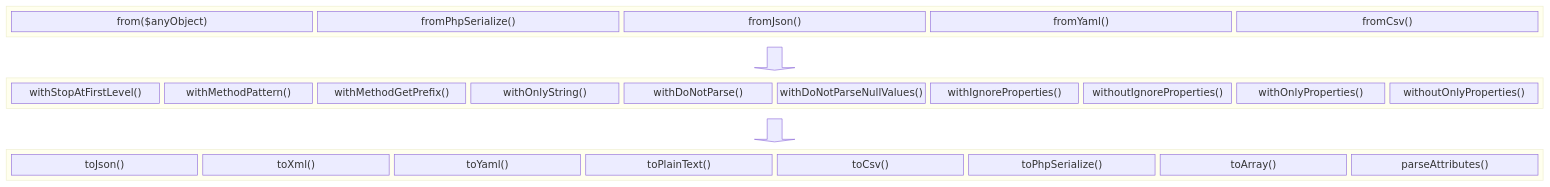
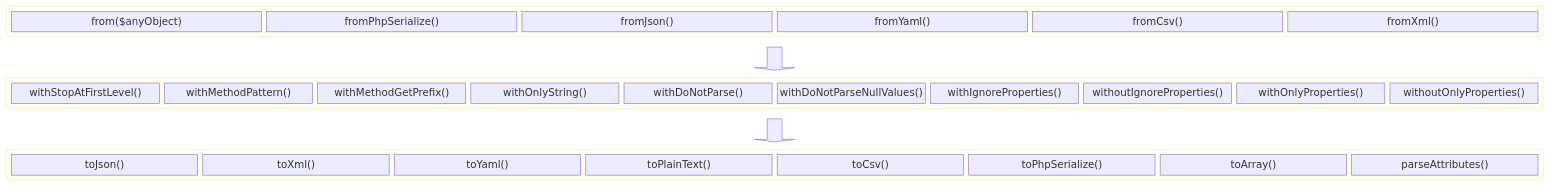
One commit to byjg/php-serializer changed the diagram in docs/serialize.md. Above: the diagram before and after it, drawn with Mermaid. The commit also changed other lines of this file and 6 other files, not shown here.

````diff
--- a/docs/serialize.md
+++ b/docs/serialize.md
@@ -13,39 +13,40 @@
 ```mermaid
 block-beta
 columns 1
     block:ID
         f1["from($anyObject)"]
         f2["fromPhpSerialize()"]
         f3["fromJson()"]
         f4["fromYaml()"]
         f5["fromCsv()"]
+        f6["fromXml()"]
     end
 
     down<["&nbsp;&nbsp;&nbsp;"]>(down)
 
     block:Transformers
         t1["withStopAtFirstLevel()"]
         t2["withMethodPattern()"]
         t3["withMethodGetPrefix()"]
         t4["withOnlyString()"]
         t5["withDoNotParse()"]
         t6["withDoNotParseNullValues()"]
         t7["withIgnoreProperties()"]
         t8["withoutIgnoreProperties()"]
         t9["withOnlyProperties()"]
         t10["withoutOnlyProperties()"]
     end
 
     down2<["&nbsp;&nbsp;&nbsp;"]>(down)
 
     block:Output
         o1["toJson()"]
         o2["toXml()"]
         o3["toYaml()"]
         o4["toPlainText()"]
         o5["toCsv()"]
         o6["toPhpSerialize()"]
         o7["toArray()"]
         o8["parseAttributes()"]
     end
 ```
````
